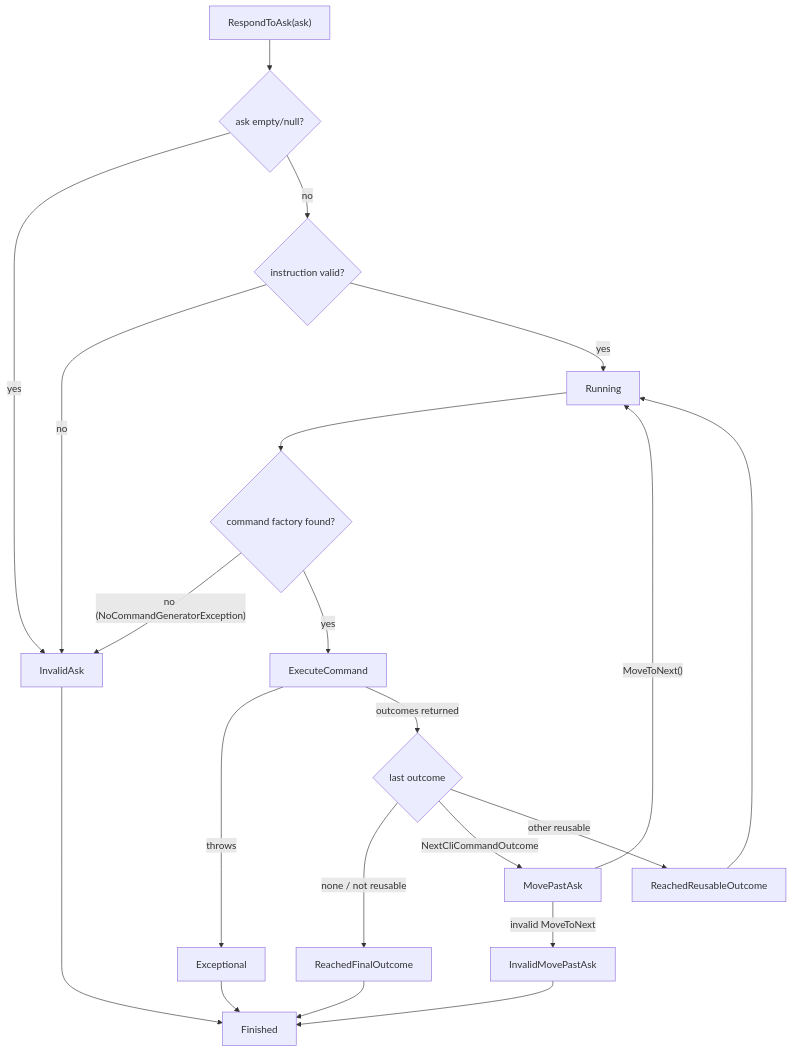
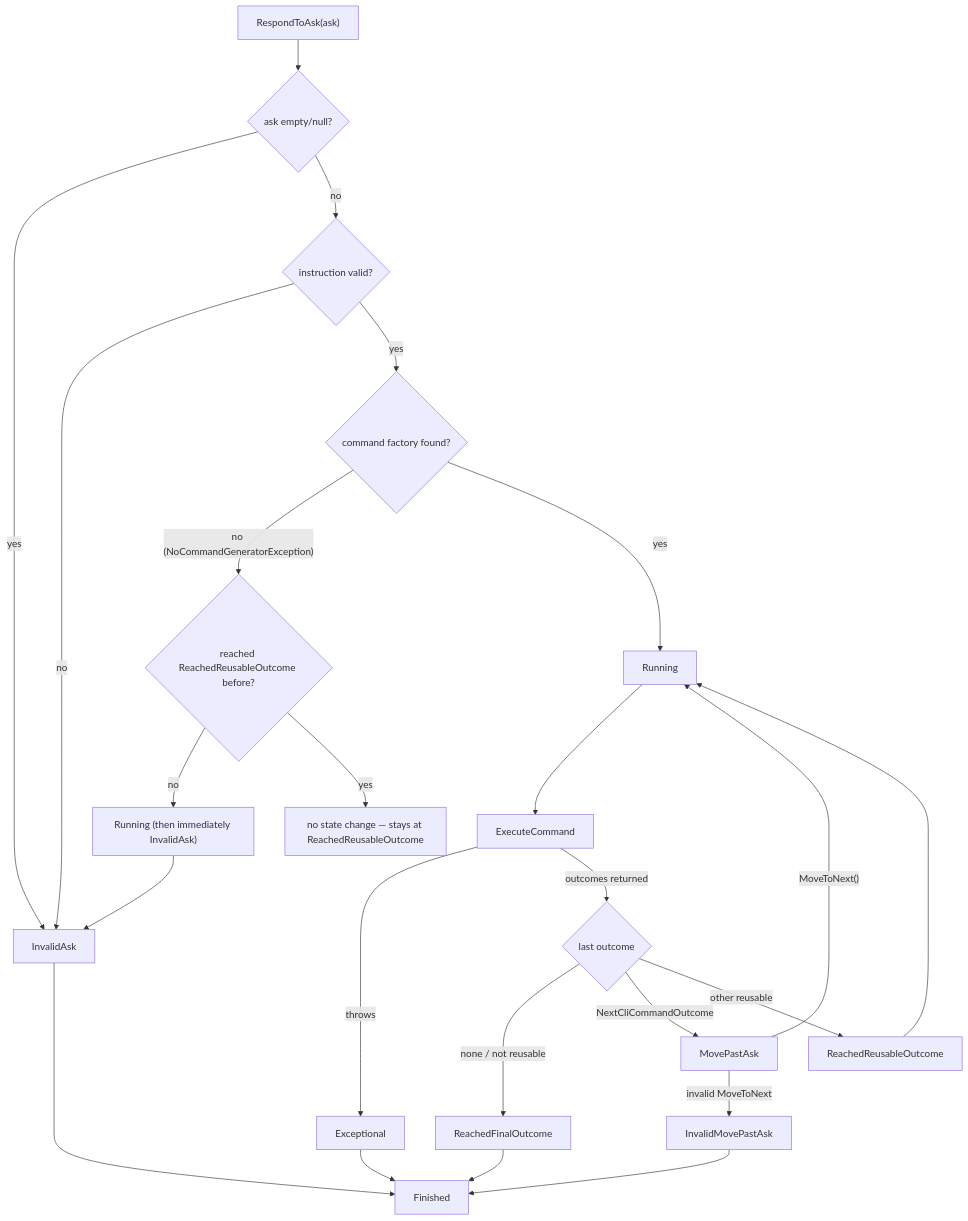
Before and after one commit to KitCli/KitCli: the diagram in docs/concepts/workflow-run-state-machine.md, drawn with Mermaid. The commit also changed other lines of this file, not shown here.

First line of the commit message:
docs(workflow): update state-machine doc for the #72 reusable-checkpoint fix

````diff
--- a/docs/concepts/workflow-run-state-machine.md
+++ b/docs/concepts/workflow-run-state-machine.md
@@ -92,17 +94,19 @@
 ```mermaid
 flowchart TD
     A["RespondToAsk(ask)"] --> B{ask empty/null?}
     B -- yes --> INV[InvalidAsk] --> FIN[Finished]
     B -- no --> C{instruction valid?}
     C -- no --> INV
-    C -- yes --> D[Running] --> E{command factory found?}
-    E -- "no (NoCommandGeneratorException)" --> INV
-    E -- yes --> F[ExecuteCommand]
+    C -- yes --> E{command factory found?}
+    E -- "no (NoCommandGeneratorException)" --> H{reached ReachedReusableOutcome before?}
+    H -- no --> D2["Running (then immediately InvalidAsk)"] --> INV
+    H -- yes --> RRO2["no state change — stays at ReachedReusableOutcome"]
+    E -- yes --> D[Running] --> F[ExecuteCommand]
     F -- throws --> EXC[Exceptional] --> FIN
     F -- outcomes returned --> G{last outcome}
     G -- "none / not reusable" --> RFO[ReachedFinalOutcome] --> FIN
     G -- NextCliCommandOutcome --> MPA[MovePastAsk]
     G -- other reusable --> RRO[ReachedReusableOutcome] --> D
     MPA -- "MoveToNext()" --> D
     MPA -- invalid MoveToNext --> IMP[InvalidMovePastAsk] --> FIN
 ```
````
